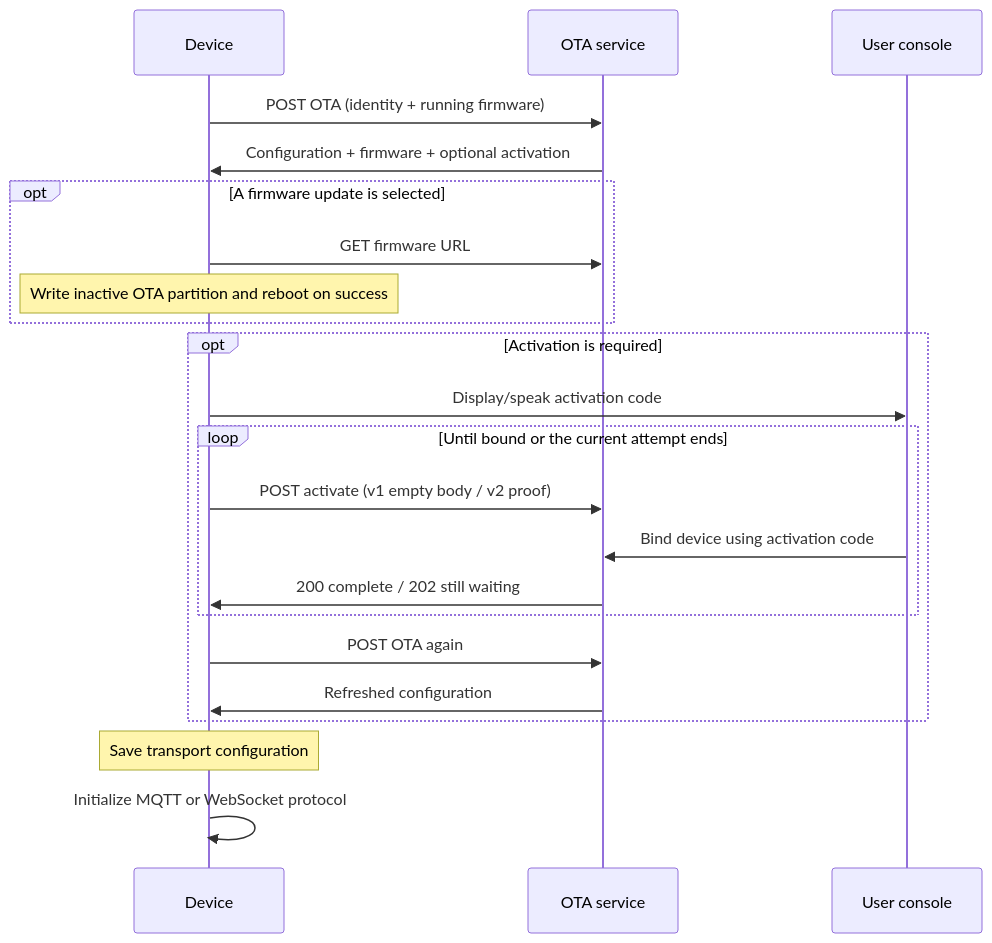
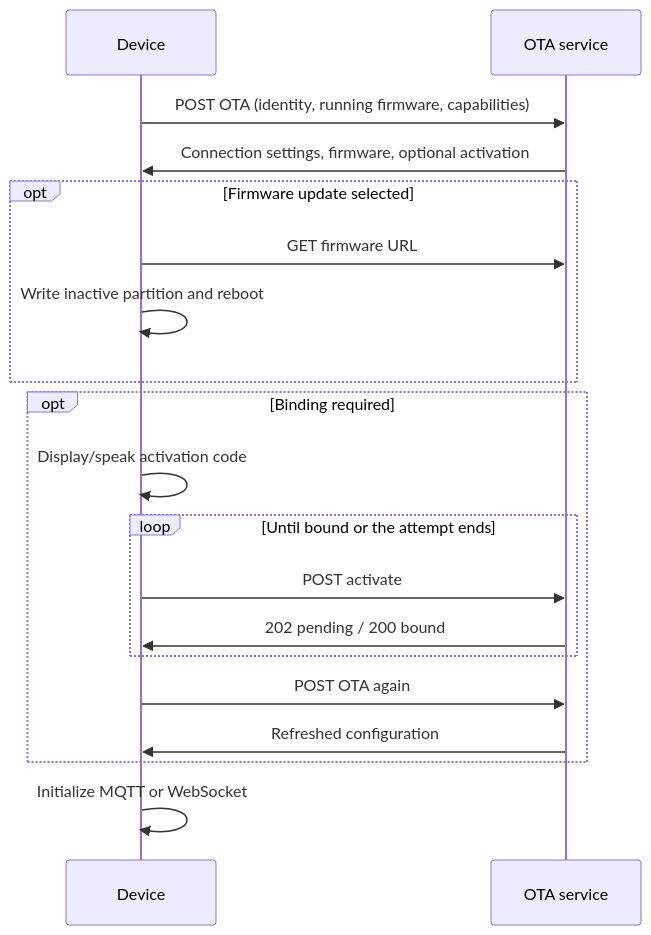
The diagram in docs/ota.md (78/xiaozhi-esp32), drawn with Mermaid before and after one commit. The commit also changed other lines of this file and 5 other files, not shown here.

````diff
--- a/docs/ota.md
+++ b/docs/ota.md
@@ -37,24 +19,21 @@
 ```mermaid
 sequenceDiagram
     participant D as Device
     participant O as OTA service
-    participant U as User console
-    D->>O: POST OTA (identity + running firmware)
-    O->>D: Configuration + firmware + optional activation
-    opt A firmware update is selected
+    D->>O: POST OTA (identity, running firmware, capabilities)
+    O->>D: Connection settings, firmware, optional activation
+    opt Firmware update selected
         D->>O: GET firmware URL
-        Note over D: Write inactive OTA partition and reboot on success
+        D->>D: Write inactive partition and reboot
     end
-    opt Activation is required
-        D->>U: Display/speak activation code
-        loop Until bound or the current attempt ends
-            D->>O: POST activate (v1 empty body / v2 proof)
-            U->>O: Bind device using activation code
-            O->>D: 200 complete / 202 still waiting
+    opt Binding required
+        D->>D: Display/speak activation code
+        loop Until bound or the attempt ends
+            D->>O: POST activate
+            O->>D: 202 pending / 200 bound
         end
         D->>O: POST OTA again
         O->>D: Refreshed configuration
     end
-    Note over D: Save transport configuration
-    D->>D: Initialize MQTT or WebSocket protocol
+    D->>D: Initialize MQTT or WebSocket
 ```
````
